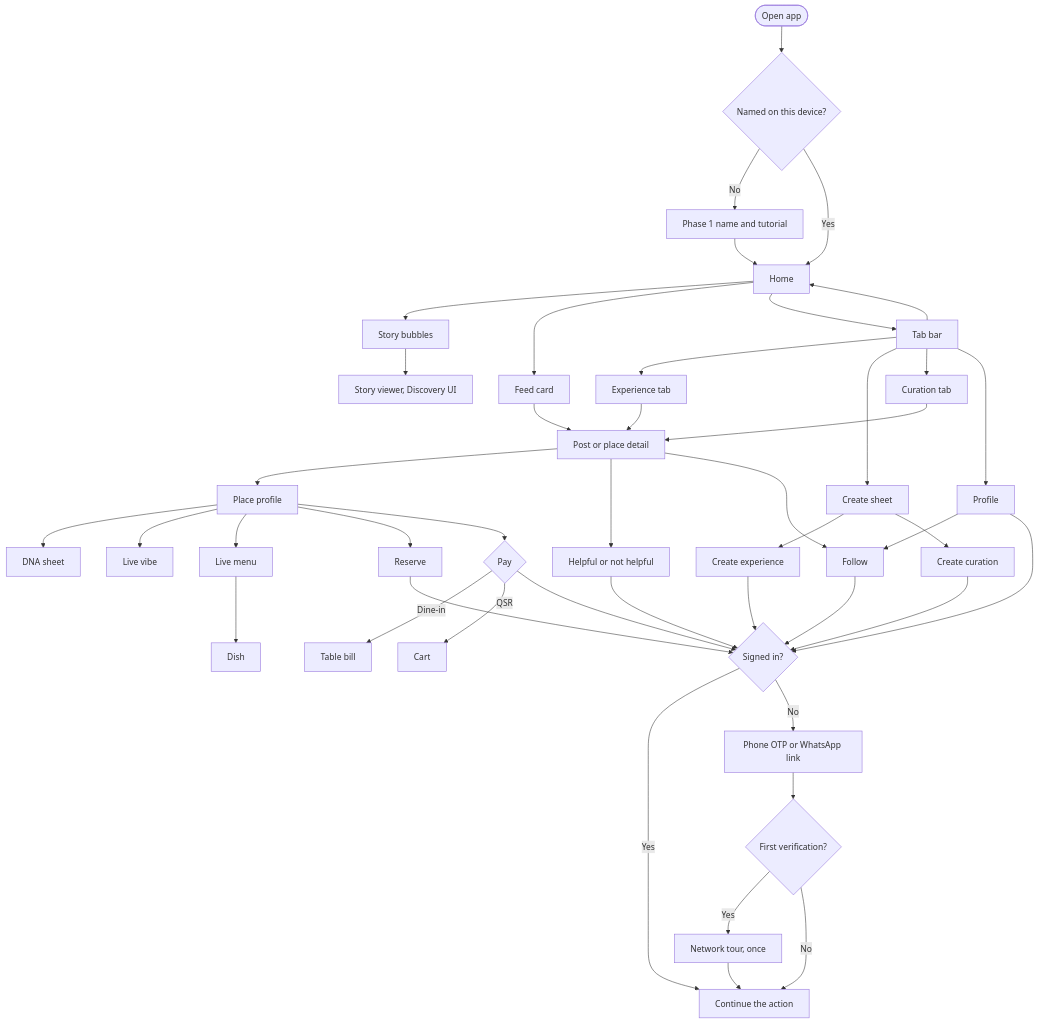
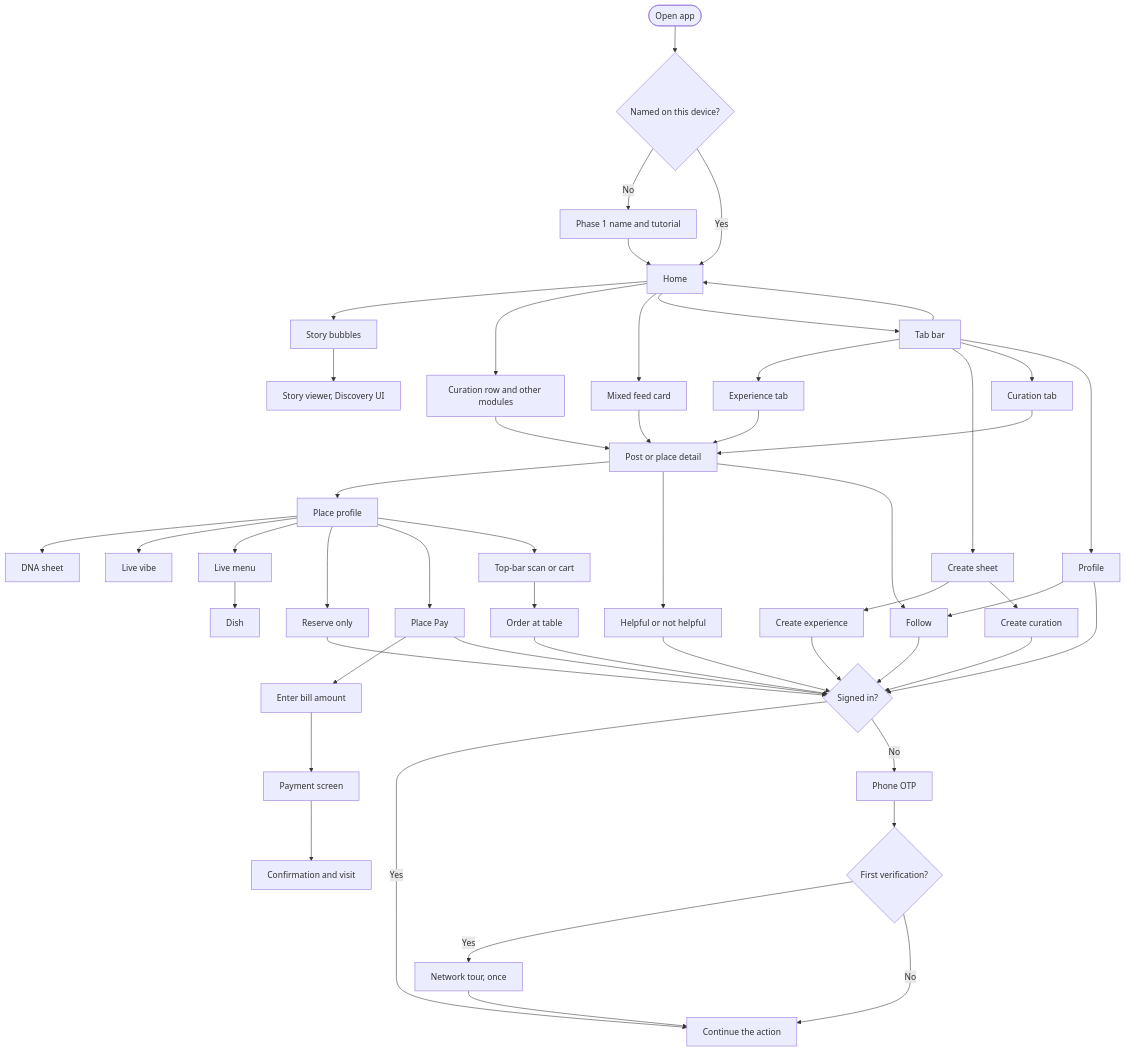
One commit to bawra11/elite-product changed the diagram in product/detail-flows/00-map.md. Above: the diagram before and after it, drawn with Mermaid. The commit also changed other lines of this file and 12 other files, not shown here.

First line of the commit message:
Record Place Pay, OTP-only diner auth, and the elite_app pointer.

````diff
--- a/product/detail-flows/00-map.md
+++ b/product/detail-flows/00-map.md
@@ -5,54 +13,61 @@
 ```mermaid
 flowchart TD
   launch([Open app]) --> known{Named on this device?}
   known -->|No| onboard["Phase 1 name and tutorial"]
   known -->|Yes| home["Home"]
   onboard --> home
 
   home --> bubbles["Story bubbles"]
-  home --> card["Feed card"]
+  home --> modules["Curation row and other modules"]
+  home --> card["Mixed feed card"]
   home --> tabs["Tab bar"]
 
   bubbles --> viewer["Story viewer, Discovery UI"]
-  card --> detail["Post or place detail"]
+  modules --> detail["Post or place detail"]
+  card --> detail
 
   tabs --> home
   tabs --> exp["Experience tab"]
   tabs --> create["Create sheet"]
   tabs --> cur["Curation tab"]
   tabs --> profile["Profile"]
 
   exp --> detail
   cur --> detail
   create --> expFlow["Create experience"]
   create --> curFlow["Create curation"]
 
   detail --> place["Place profile"]
   place --> dna["DNA sheet"]
   place --> vibe["Live vibe"]
   place --> menu["Live menu"]
   menu --> dish["Dish"]
-  place --> reserve["Reserve"]
-  place --> pay{"Pay"}
-  pay -->|Dine-in| dinePay["Table bill"]
-  pay -->|QSR| qsrPay["Cart"]
+  place --> reserve["Reserve only"]
+  place --> placePay["Place Pay"]
+  place --> orderIcon["Top-bar scan or cart"]
+  orderIcon --> dineIn["Order at table"]
+
+  placePay --> amount["Enter bill amount"]
+  amount --> payScreen["Payment screen"]
+  payScreen --> confirm["Confirmation and visit"]
 
   detail --> react["Helpful or not helpful"]
   detail --> follow["Follow"]
   profile --> follow
 
   react --> gate{Signed in?}
   follow --> gate
   expFlow --> gate
   curFlow --> gate
   reserve --> gate
-  pay --> gate
+  placePay --> gate
+  dineIn --> gate
   profile --> gate
 
   gate -->|Yes| back["Continue the action"]
-  gate -->|No| auth["Phone OTP or WhatsApp link"]
+  gate -->|No| auth["Phone OTP"]
   auth --> tour{First verification?}
   tour -->|Yes| phase3["Network tour, once"]
   tour -->|No| back
   phase3 --> back
 ```
````
